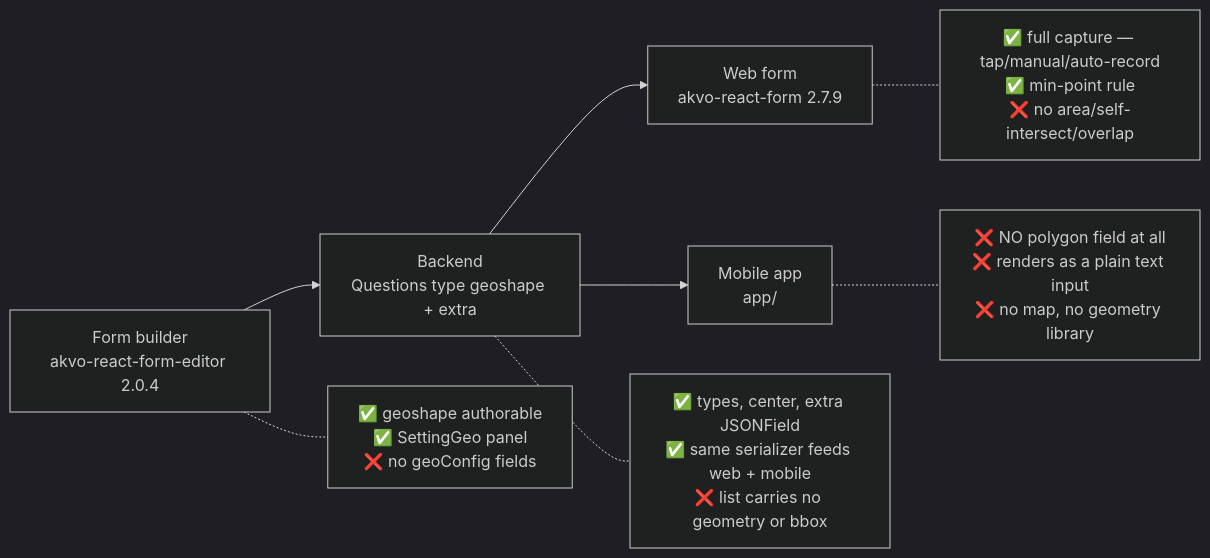
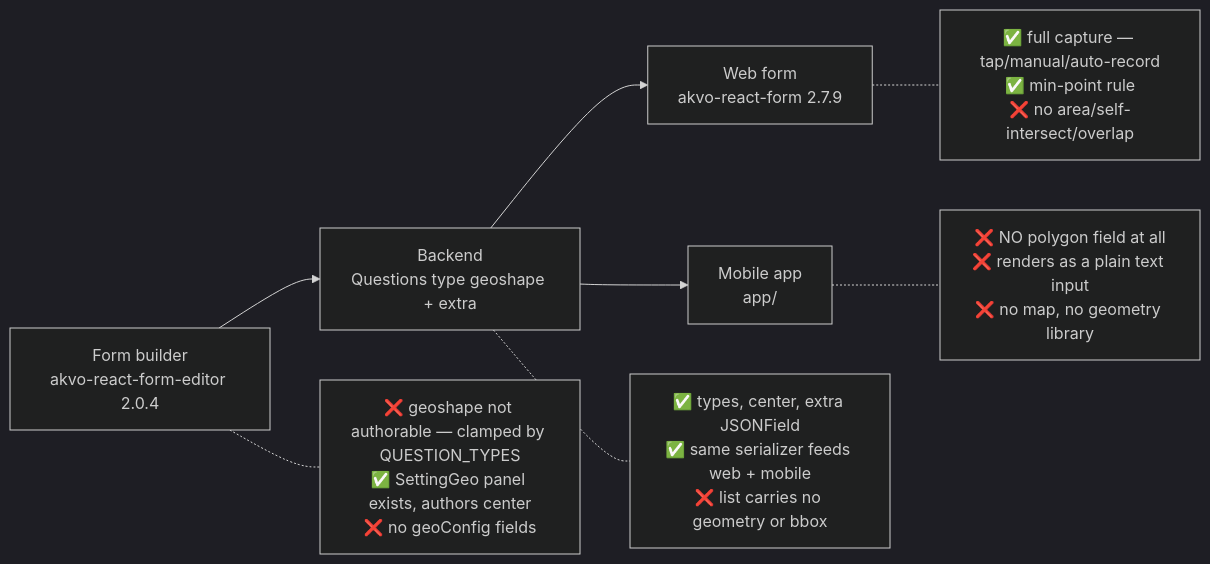
Before and after one commit to akvo/akvo-mis: the first of 11 diagrams in doc/claude/polygon-validation-task-breakdown.md, drawn with Mermaid (dark theme). The commit also changed other lines of this file and 8 other files, not shown here.

First line of the commit message:
[#406] [GEO-009] Depend on the geoConfig authoring panel and correct the docs (#417)

````diff
--- a/doc/claude/polygon-validation-task-breakdown.md
+++ b/doc/claude/polygon-validation-task-breakdown.md
@@ -145,11 +150,11 @@
 ```mermaid
 flowchart LR
     A["Form builder<br/>akvo-react-form-editor 2.0.4"] --> B["Backend<br/>Questions type geoshape + extra"]
     B --> C["Web form<br/>akvo-react-form 2.7.9"]
     B --> D["Mobile app<br/>app/"]
 
-    A -.- A1["✅ geoshape authorable<br/>✅ SettingGeo panel<br/>❌ no geoConfig fields"]
+    A -.- A1["❌ geoshape not authorable — clamped by QUESTION_TYPES<br/>✅ SettingGeo panel exists, authors center<br/>❌ no geoConfig fields"]
     B -.- B1["✅ types, center, extra JSONField<br/>✅ same serializer feeds web + mobile<br/>❌ list carries no geometry or bbox"]
     C -.- C1["✅ full capture — tap/manual/auto-record<br/>✅ min-point rule<br/>❌ no area/self-intersect/overlap"]
     D -.- D1["❌ NO polygon field at all<br/>❌ renders as a plain text input<br/>❌ no map, no geometry library"]
 ```
````
